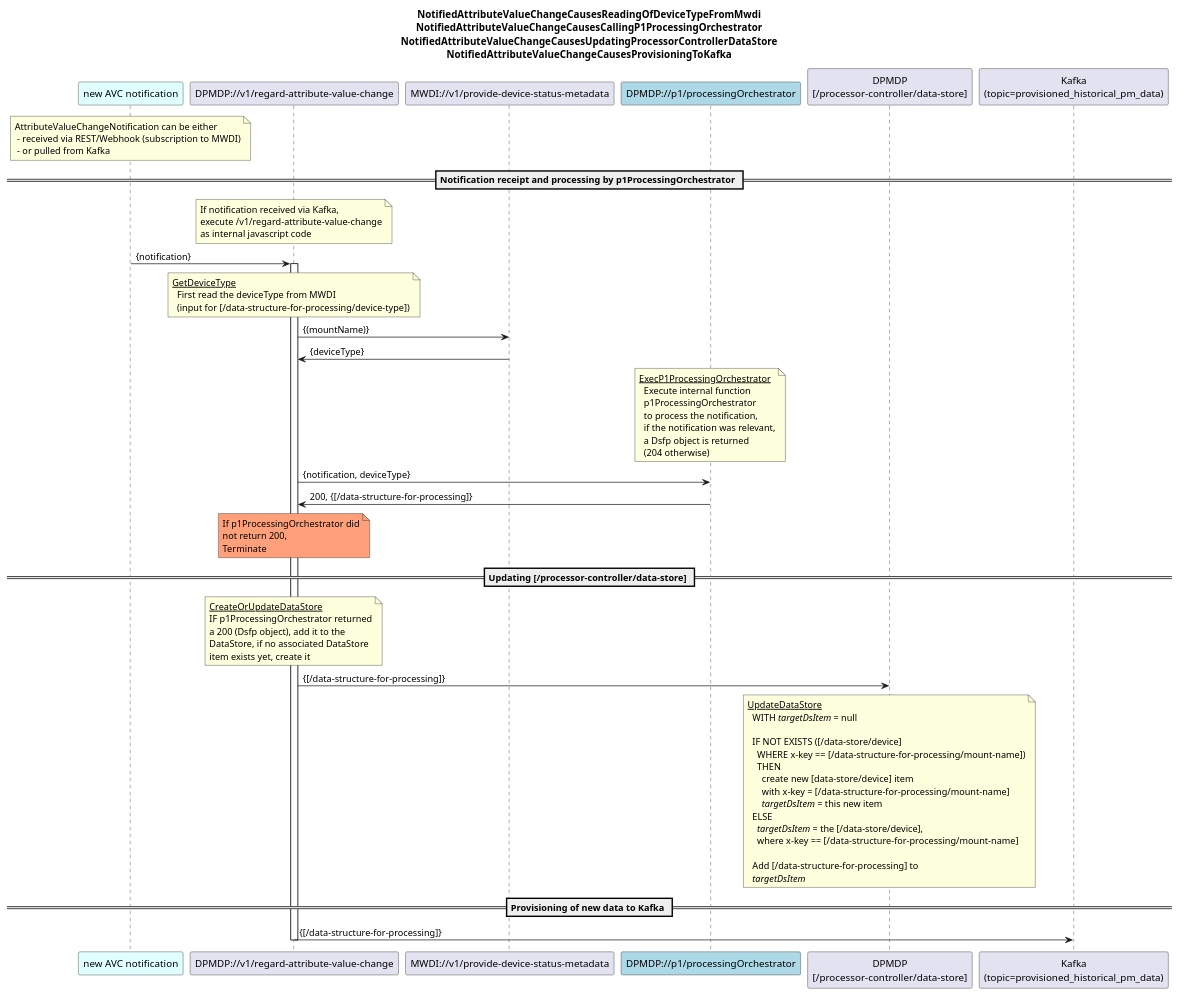
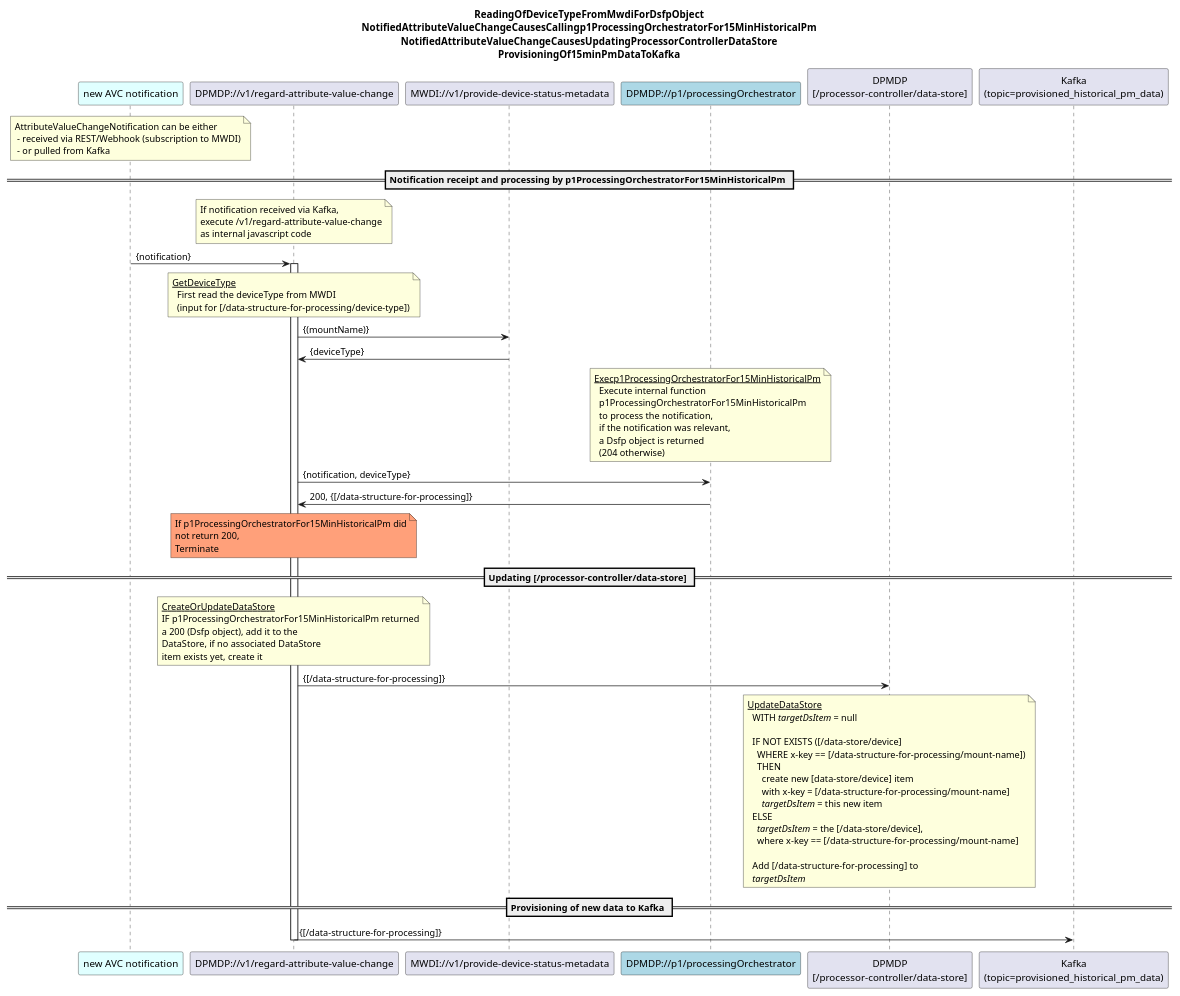
Before and after one commit to openBackhaul/DevicePerformanceManagementDataProcessor: the diagram in spec/diagrams/001_RegardAttributeValueChangeNotification.plantuml, drawn with PlantUML. The commit also changed 15 other files, not shown here.

```diff
--- a/spec/diagrams/001_RegardAttributeValueChangeNotification.plantuml
+++ b/spec/diagrams/001_RegardAttributeValueChangeNotification.plantuml
@@ -1,95 +1,95 @@
 @startuml 001_RegardAttributeValueChangeNotification
 skinparam responseMessageBelowArrow true
 
 title
-NotifiedAttributeValueChangeCausesReadingOfDeviceTypeFromMwdi
-NotifiedAttributeValueChangeCausesCallingP1ProcessingOrchestrator
+ReadingOfDeviceTypeFromMwdiForDsfpObject
+NotifiedAttributeValueChangeCausesCallingp1ProcessingOrchestratorFor15MinHistoricalPm
 NotifiedAttributeValueChangeCausesUpdatingProcessorControllerDataStore
-NotifiedAttributeValueChangeCausesProvisioningToKafka
+ProvisioningOf15minPmDataToKafka
 end title
 
 participant "new AVC notification" as notif #LightCyan
 participant "DPMDP://v1/regard-attribute-value-change" as dpmdp
 participant "MWDI://v1/provide-device-status-metadata" as devType
 participant "DPMDP://p1/processingOrchestrator" as po #LightBlue
 participant "DPMDP\n[/processor-controller/data-store]" as dataStore
 participant "Kafka\n(topic=provisioned_historical_pm_data)" as kafka
 
 note over notif
   AttributeValueChangeNotification can be either 
    - received via REST/Webhook (subscription to MWDI)
    - or pulled from Kafka
 end note
 
-== Notification receipt and processing by p1ProcessingOrchestrator ==
+== Notification receipt and processing by p1ProcessingOrchestratorFor15MinHistoricalPm ==
 
 note over dpmdp
   If notification received via Kafka,
   execute /v1/regard-attribute-value-change
   as internal javascript code
 end note
 notif -> dpmdp: {notification}
 activate dpmdp
 
 note over dpmdp
 <u>GetDeviceType</u>
   First read the deviceType from MWDI
   (input for [/data-structure-for-processing/device-type])
 end note
 dpmdp -> devType: {(mountName)}
 devType -> dpmdp: {deviceType}
 
 note over po
-<u>ExecP1ProcessingOrchestrator</u>
+<u>Execp1ProcessingOrchestratorFor15MinHistoricalPm</u>
   Execute internal function
-  p1ProcessingOrchestrator
+  p1ProcessingOrchestratorFor15MinHistoricalPm
   to process the notification, 
   if the notification was relevant,
   a Dsfp object is returned
   (204 otherwise)
 end note
 dpmdp -> po: {notification, deviceType}
 po -> dpmdp: 200, {[/data-structure-for-processing]}
 
 note over dpmdp #LightSalmon
-  If p1ProcessingOrchestrator did
+  If p1ProcessingOrchestratorFor15MinHistoricalPm did
   not return 200,
   Terminate
 end note
 
 == Updating [/processor-controller/data-store] ==
 
 
 note over dpmdp
 <u>CreateOrUpdateDataStore</u>
-IF p1ProcessingOrchestrator returned
+IF p1ProcessingOrchestratorFor15MinHistoricalPm returned
 a 200 (Dsfp object), add it to the
 DataStore, if no associated DataStore
 item exists yet, create it
 end note
 dpmdp -> dataStore: {[/data-structure-for-processing]}
 
 note over dataStore
 <u>UpdateDataStore</u>
   WITH <i>targetDsItem</i> = null
 
   IF NOT EXISTS ([/data-store/device]
     WHERE x-key == [/data-structure-for-processing/mount-name])
     THEN 
       create new [data-store/device] item
       with x-key = [/data-structure-for-processing/mount-name]
       <i>targetDsItem</i> = this new item
   ELSE
     <i>targetDsItem</i> = the [/data-store/device], 
     where x-key == [/data-structure-for-processing/mount-name]
 
   Add [/data-structure-for-processing] to
   <i>targetDsItem</i>
 end note
 
 == Provisioning of new data to Kafka ==
 dpmdp -> kafka: {[/data-structure-for-processing]}
 
 deactivate dpmdp
 
 @enduml
```
